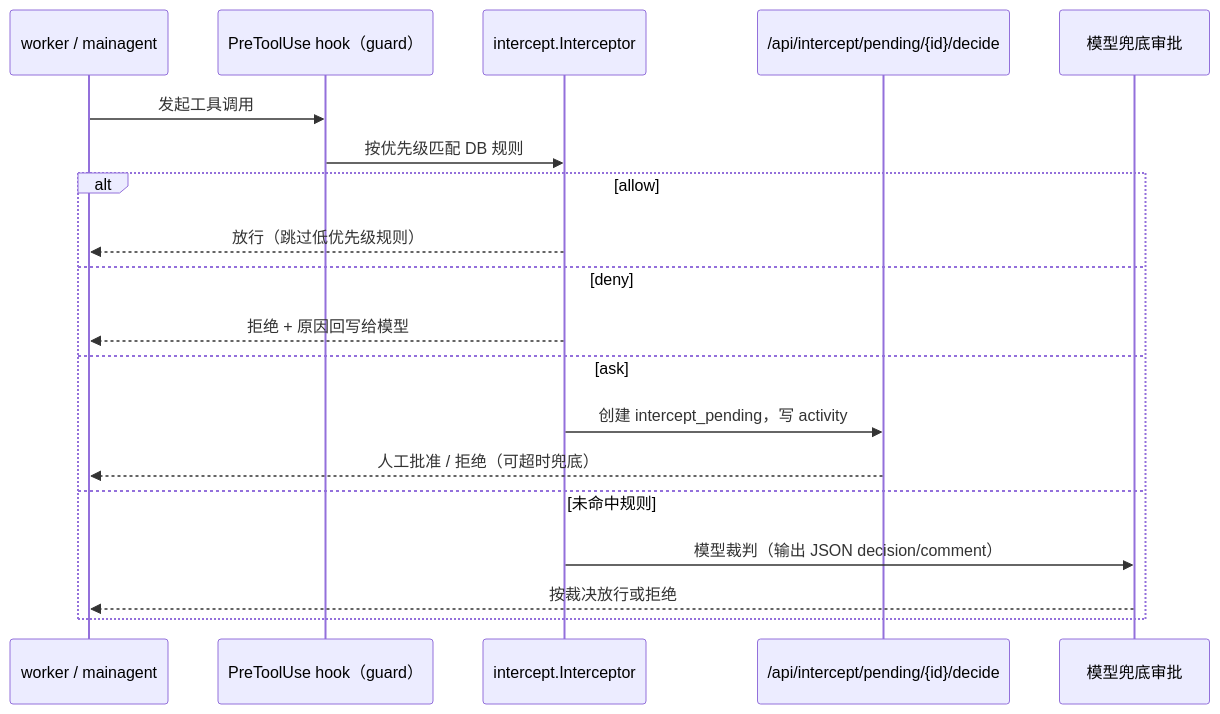
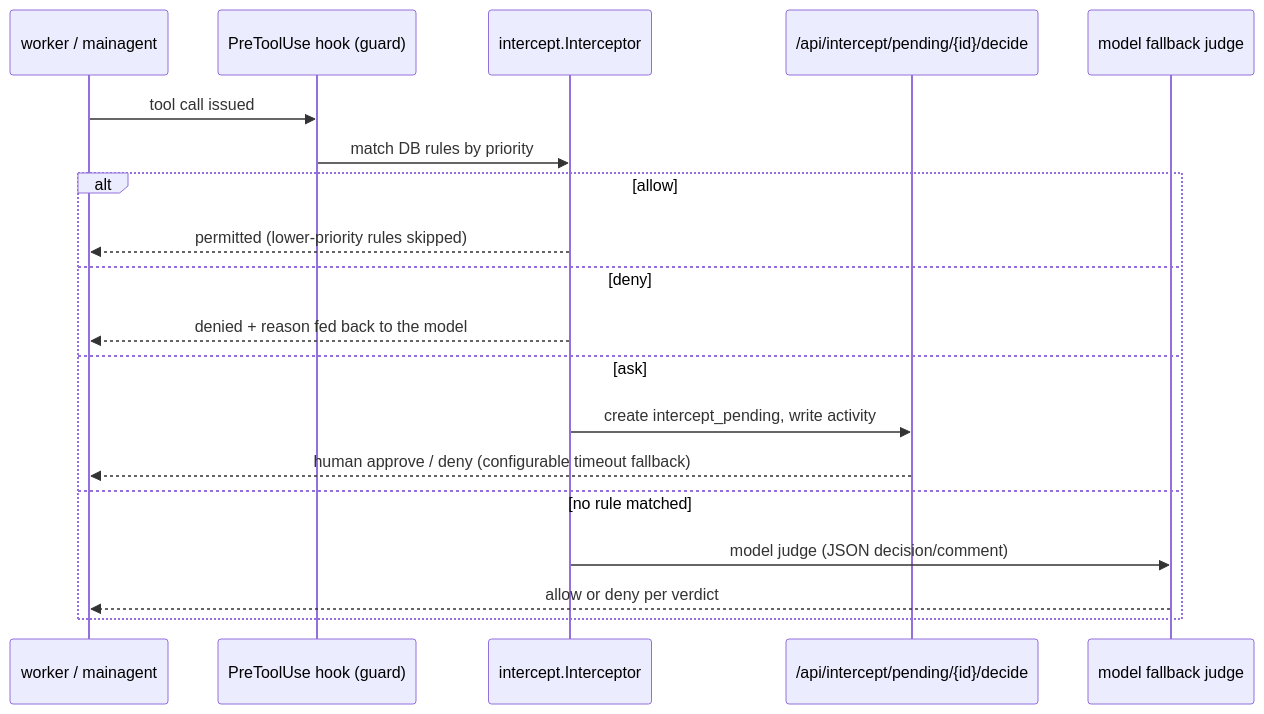
The fourth of 5 diagrams in README.md (binaryninja/ART-bak), drawn with Mermaid before and after one commit. The commit also changed other lines of this file and 162 other files, not shown here.

````diff
--- a/README.md
+++ b/README.md
@@ -286,22 +292,22 @@
 ```mermaid
 sequenceDiagram
   participant W as worker / mainagent
-  participant HK as PreToolUse hook（guard）
+  participant HK as PreToolUse hook (guard)
   participant IC as intercept.Interceptor
   participant UI as /api/intercept/pending/{id}/decide
-  participant LLM as 模型兜底审批
+  participant LLM as model fallback judge
 
-  W->>HK: 发起工具调用
-  HK->>IC: 按优先级匹配 DB 规则
+  W->>HK: tool call issued
+  HK->>IC: match DB rules by priority
   alt allow
-    IC-->>W: 放行（跳过低优先级规则）
+    IC-->>W: permitted (lower-priority rules skipped)
   else deny
-    IC-->>W: 拒绝 + 原因回写给模型
+    IC-->>W: denied + reason fed back to the model
   else ask
-    IC->>UI: 创建 intercept_pending，写 activity
-    UI-->>W: 人工批准 / 拒绝（可超时兜底）
-  else 未命中规则
-    IC->>LLM: 模型裁判（输出 JSON decision/comment）
-    LLM-->>W: 按裁决放行或拒绝
+    IC->>UI: create intercept_pending, write activity
+    UI-->>W: human approve / deny (configurable timeout fallback)
+  else no rule matched
+    IC->>LLM: model judge (JSON decision/comment)
+    LLM-->>W: allow or deny per verdict
   end
 ```
````
